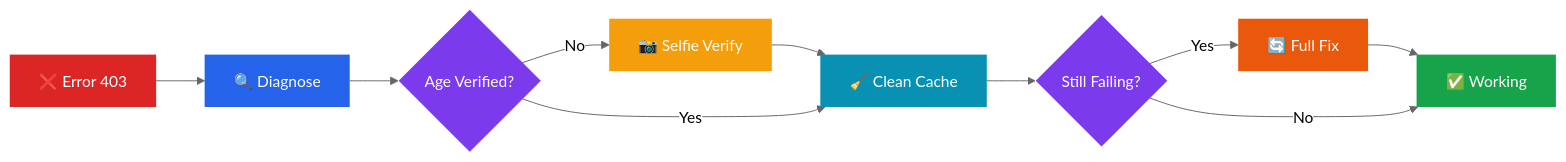
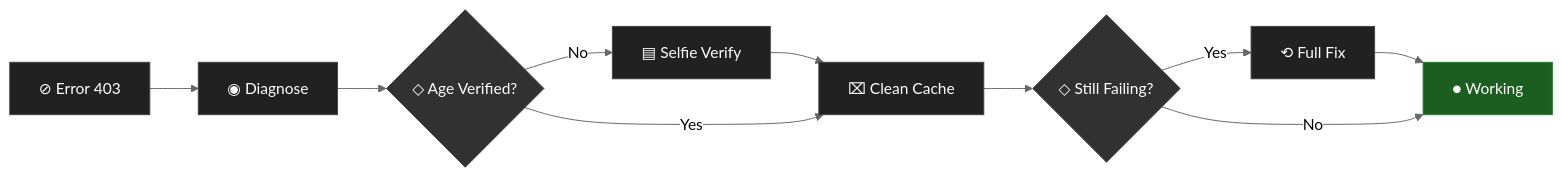
Before and after one commit to fulldiagnose/antigravity-fixer: the diagram in README.md, drawn with Mermaid (neutral theme).

Commit message:
Flowchart: monochrome material design icons, dark theme nodes

````diff
--- a/README.md
+++ b/README.md
@@ -37,21 +37,21 @@
 ```mermaid
 graph LR
-    A["❌ Error 403"] --> B["🔍 Diagnose"]
-    B --> C{"Age Verified?"}
-    C -- No --> D["📸 Selfie Verify"]
-    D --> E["🧹 Clean Cache"]
+    A["⊘ Error 403"] --> B["◉ Diagnose"]
+    B --> C{"◇ Age Verified?"}
+    C -- No --> D["▤ Selfie Verify"]
+    D --> E["⌧ Clean Cache"]
     C -- Yes --> E
-    E --> F{"Still Failing?"}
-    F -- Yes --> G["🔄 Full Fix"]
-    G --> H["✅ Working"]
+    E --> F{"◇ Still Failing?"}
+    F -- Yes --> G["⟲ Full Fix"]
+    G --> H["● Working"]
     F -- No --> H
 
-    style A fill:#dc2626,color:#fff,stroke:none
-    style B fill:#2563eb,color:#fff,stroke:none
-    style C fill:#7c3aed,color:#fff,stroke:none
-    style D fill:#f59e0b,color:#fff,stroke:none
-    style E fill:#0891b2,color:#fff,stroke:none
-    style F fill:#7c3aed,color:#fff,stroke:none
-    style G fill:#ea580c,color:#fff,stroke:none
-    style H fill:#16a34a,color:#fff,stroke:none
+    style A fill:#212121,color:#fff,stroke:#424242
+    style B fill:#212121,color:#fff,stroke:#424242
+    style C fill:#313131,color:#fff,stroke:#424242
+    style D fill:#212121,color:#fff,stroke:#424242
+    style E fill:#212121,color:#fff,stroke:#424242
+    style F fill:#313131,color:#fff,stroke:#424242
+    style G fill:#212121,color:#fff,stroke:#424242
+    style H fill:#1b5e20,color:#fff,stroke:#2e7d32
 ```
````
